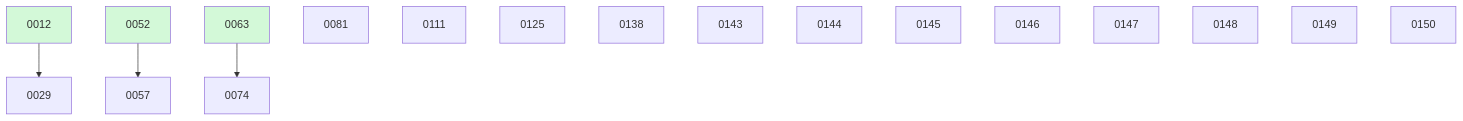
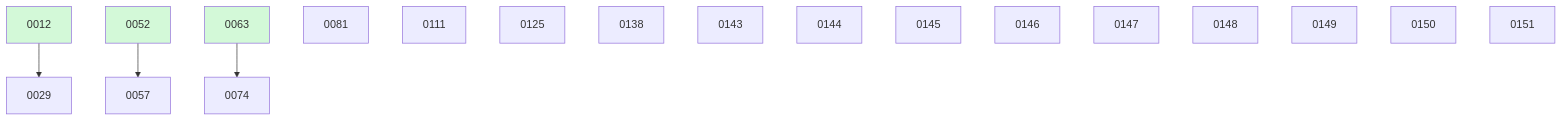
The diagram in docs/changes/BOARD.md (ethanhinson/fuse), drawn with Mermaid before and after one commit. The commit also changed other lines of this file and 1 other file, not shown here.

````diff
--- a/docs/changes/BOARD.md
+++ b/docs/changes/BOARD.md
@@ -40,22 +41,23 @@
 ```mermaid
 graph TD
   0012 --> 0029
   0052 --> 0057
   0063 --> 0074
   0081
   0111
   0125
   0138
   0143
   0144
   0145
   0146
   0147
   0148
   0149
   0150
+  0151
   0012:::done
   0052:::done
   0063:::done
   classDef done fill:#d3f9d8;
 ```
````
